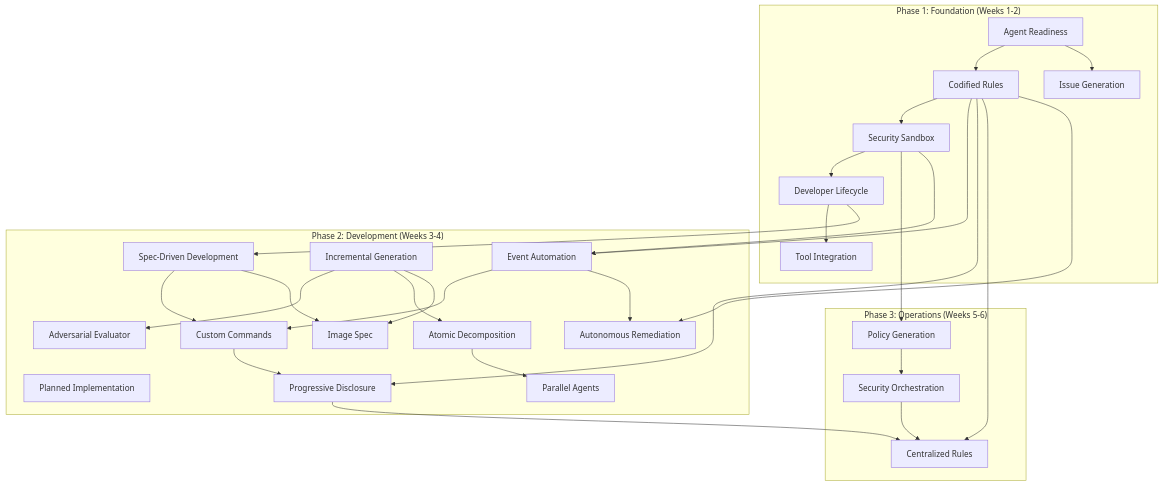
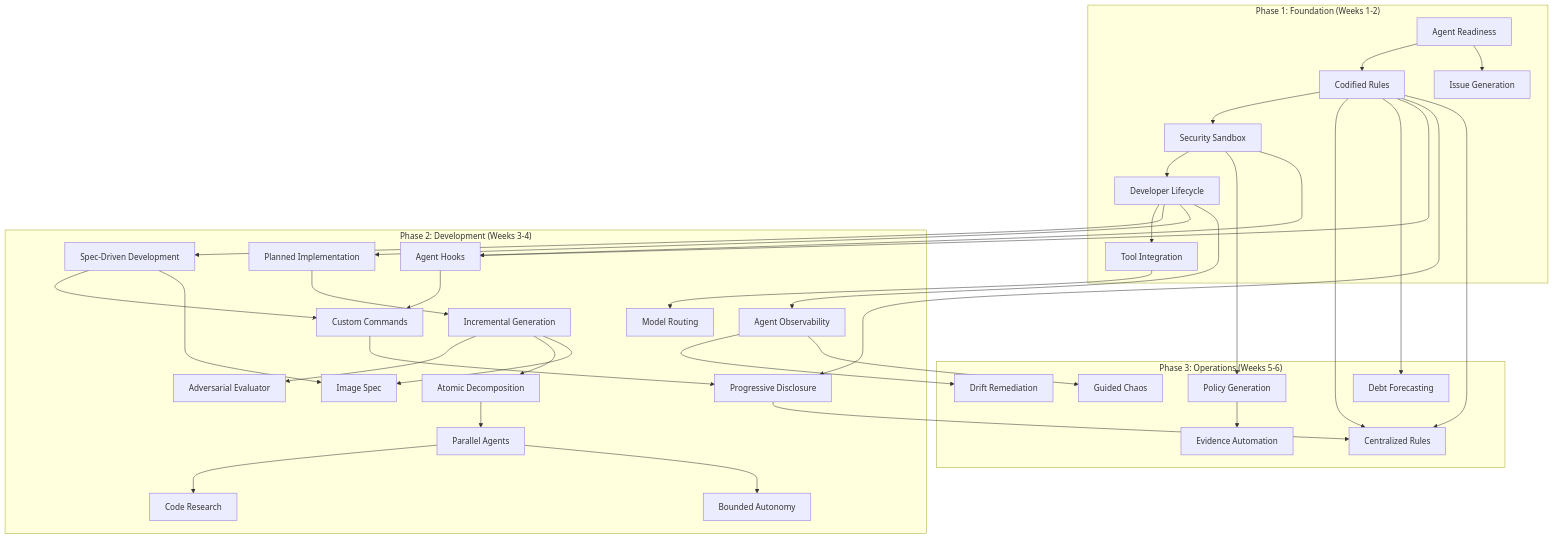
Before and after one commit to PaulDuvall/ai-development-patterns: the second of 17 diagrams in README.md, drawn with Mermaid. The commit also changed other lines of this file and 140 other files, not shown here.

````diff
--- a/README.md
+++ b/README.md
@@ -186,43 +182,47 @@
 ```mermaid
 graph TD
     subgraph "Phase 1: Foundation (Weeks 1-2)"
         A[Agent Readiness] --> B[Codified Rules]
         B --> C[Security Sandbox]
         C --> D[Developer Lifecycle]
         A --> E[Issue Generation]
         D --> F[Tool Integration]
     end
 
     subgraph "Phase 2: Development (Weeks 3-4)"
         D --> G[Spec-Driven Development]
-        H[Planned Implementation]
-        I[Incremental Generation]
+        D --> H[Planned Implementation]
+        H --> I[Incremental Generation]
         I --> J[Adversarial Evaluator]
-        Q[Event Automation]
+        Q[Agent Hooks]
         R[Custom Commands]
         S[Progressive Disclosure]
         U[Image Spec]
-        V[Autonomous Remediation]
         I --> K[Atomic Decomposition]
         K --> L[Parallel Agents]
+        D --> O[Agent Observability]
+        F --> MR[Model Routing]
+        L --> RS[Code Research]
+        L --> BA[Bounded Autonomy]
     end
 
     subgraph "Phase 3: Operations (Weeks 5-6)"
         C --> M[Policy Generation]
-        M --> N[Security Orchestration]
-        N --> T[Centralized Rules]
+        M --> EV[Evidence Automation]
+        B --> T[Centralized Rules]
+        O --> DR[Drift Remediation]
+        O --> GC[Guided Chaos]
+        B --> DF[Debt Forecasting]
     end
 
     B --> Q
     C --> Q
     Q --> R
     G --> R
     B --> S
     R --> S
     B --> T
     S --> T
     G --> U
     I --> U
-    Q --> V
-    B --> V
 ```
````
